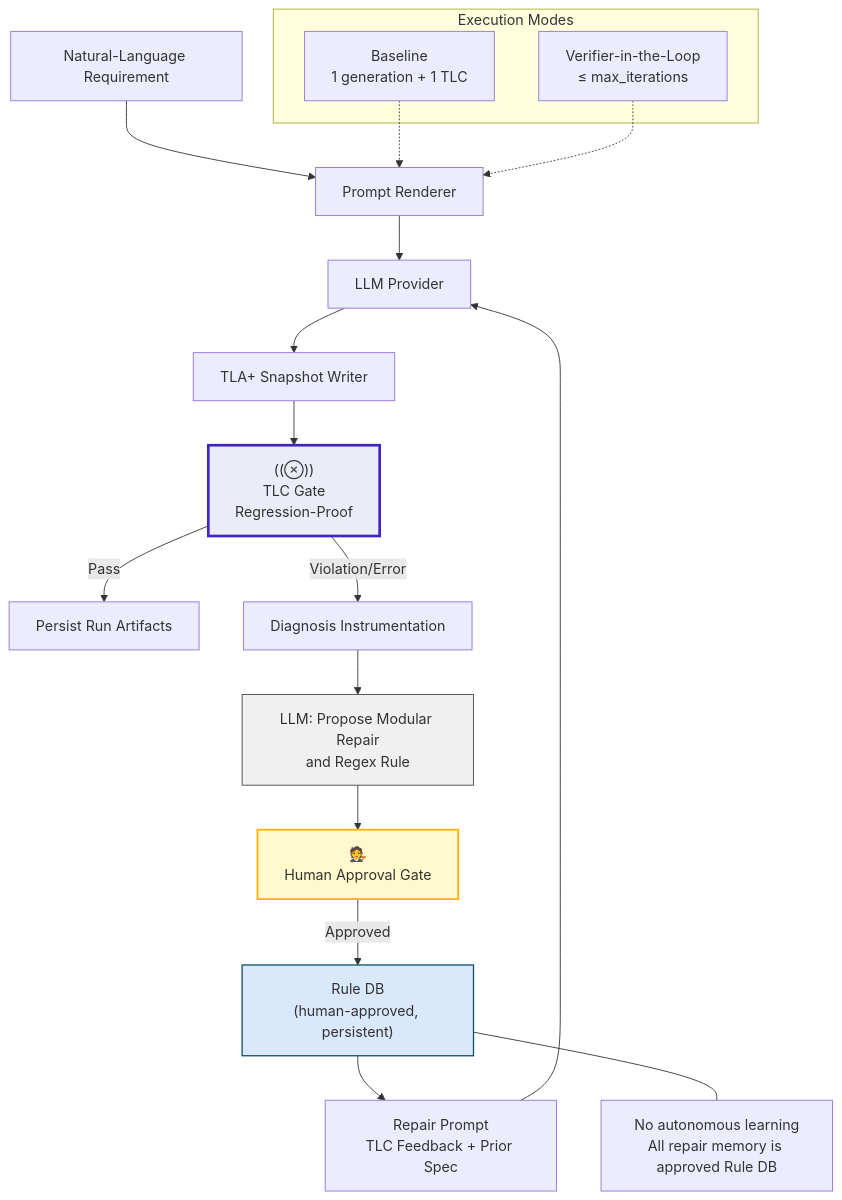
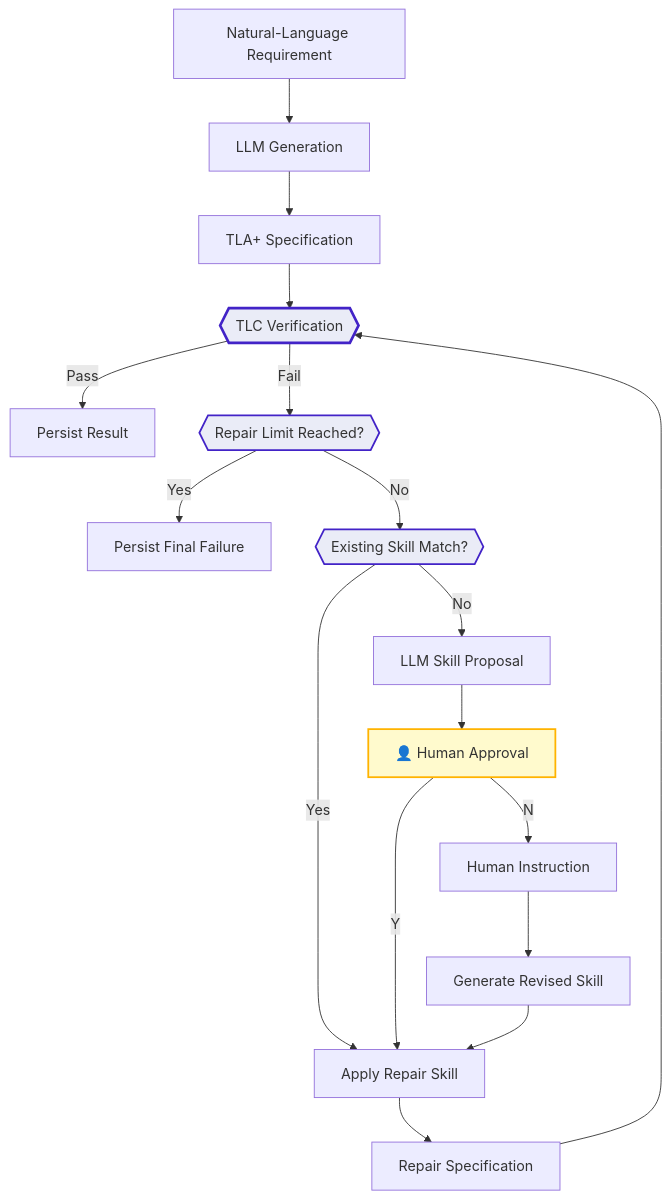
The diagram in images/agentic-loop-nasa.mmd (Prof-it/formal-verification), drawn with Mermaid before and after one commit. The commit also changed 3 other files, not shown here.

Commit message:
Updated README and architecture diagram

```diff
--- a/images/agentic-loop-nasa.mmd
+++ b/images/agentic-loop-nasa.mmd
@@ -1,35 +1,43 @@
 flowchart TD
-    %% Top section
-    R["Natural-Language Requirement"] --> P["Prompt Renderer"]
-    subgraph "Execution Modes"
-        BL["Baseline<br/>1 generation + 1 TLC"]
-        LP["Verifier-in-the-Loop<br/>≤ max_iterations"]
-    end
-    BL -.-> P
-    LP -.-> P
-    P --> G["LLM Provider"]
+    R["Natural-Language Requirement"]
+    G["LLM Generation"]
+    S["TLA+ Specification"]
+    T{{"TLC Verification"}}
 
-    %% TLC gate (main checkpoint -- XOR-like)
-    G --> S["TLA+ Snapshot Writer"]
-    S --> TGATE["((⊗))<br/>TLC Gate<br/>Regression-Proof"]
+    P["Persist Result"]
+    L{{"Repair Limit Reached?"}}
+    F["Persist Final Failure"]
 
-    %% If pass, commit output
-    TGATE -->|Pass| O["Persist Run Artifacts"]
+    M{{"Existing Skill Match?"}}
+    A["Apply Repair Skill"]
 
-    %% If error/violation, loop to repair
-    TGATE -->|Violation/Error| D["Diagnosis Instrumentation"]
-    D --> LLM_SKILL["LLM: Propose Modular Repair<br/>and Regex Rule"]
-    LLM_SKILL --> HA["🧑‍⚖️<br/>Human Approval Gate"]
-    HA -->|Approved| RULES["Rule DB<br/>(human-approved, persistent)"]
-    RULES --> RP["Repair Prompt<br/>TLC Feedback + Prior Spec"]
-    RP --> G
+    N["LLM Skill Proposal"]
+    H["👤 Human Approval"]
+    I["Human Instruction"]
+    NS["Generate Revised Skill"]
 
-    %% No autonomous agent memory, clarify in box
-    PERSIST["No autonomous learning<br/>All repair memory is approved Rule DB"] 
-    RULES --- PERSIST
+    RP["Repair Specification"]
 
-    %% Styling for highlights
-    style TGATE fill:#EAECF7,stroke:#4223C7,stroke-width:3px
-    style HA fill:#FFFACD,stroke:#FFB300,stroke-width:2px
-    style LLM_SKILL fill:#F0F0F0,stroke:#444,stroke-width:1px
-    style RULES fill:#DAE8FC,stroke:#156,stroke-width:1.5px
+    R --> G --> S --> T
+
+    T -->|Pass| P
+    T -->|Fail| L
+
+    L -->|Yes| F
+    L -->|No| M
+
+    M -->|Yes| A
+    M -->|No| N
+
+    N --> H
+    H -->|Y| A
+    H -->|N| I
+    I --> NS
+    NS --> A
+
+    A --> RP --> T
+
+    style T fill:#EAECF7,stroke:#4223C7,stroke-width:3px
+    style L fill:#EAECF7,stroke:#4223C7,stroke-width:2px
+    style M fill:#EAECF7,stroke:#4223C7,stroke-width:2px
+    style H fill:#FFFACD,stroke:#FFB300,stroke-width:2px
```
